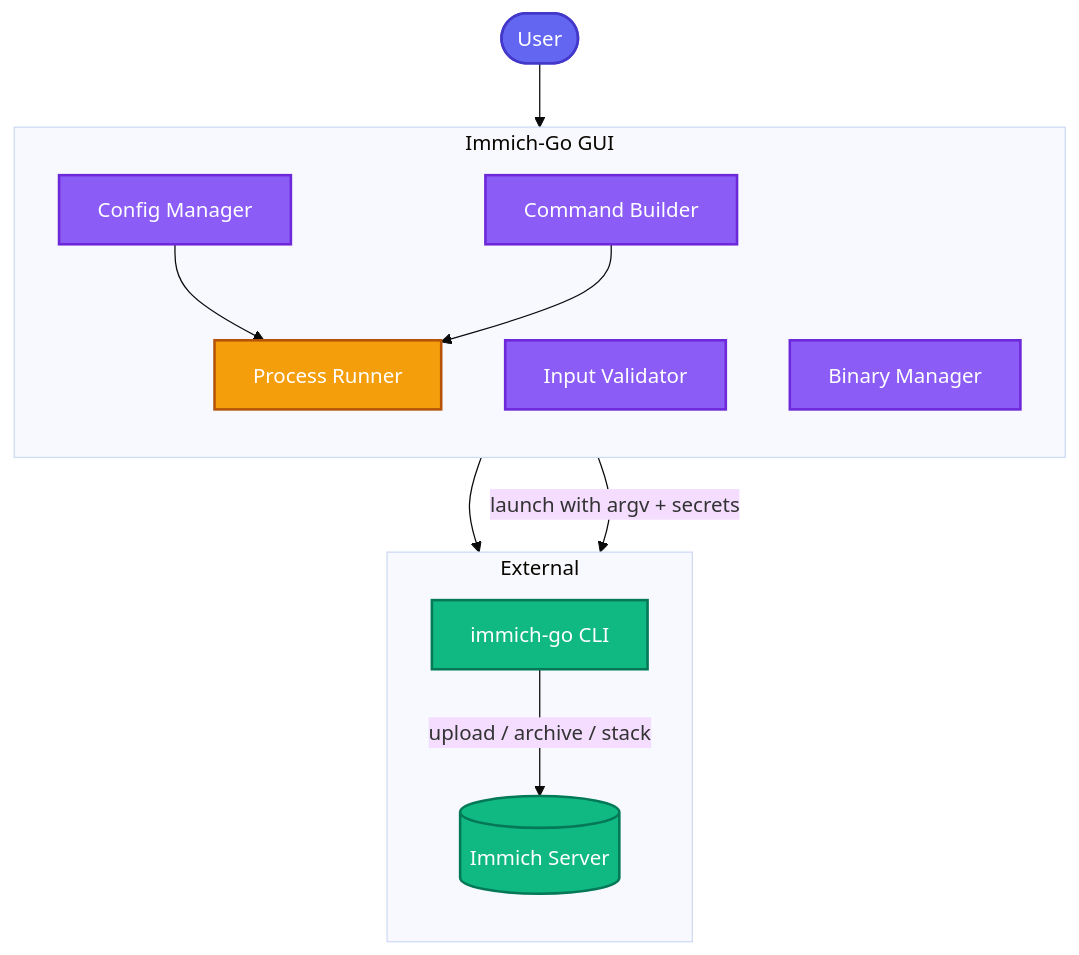
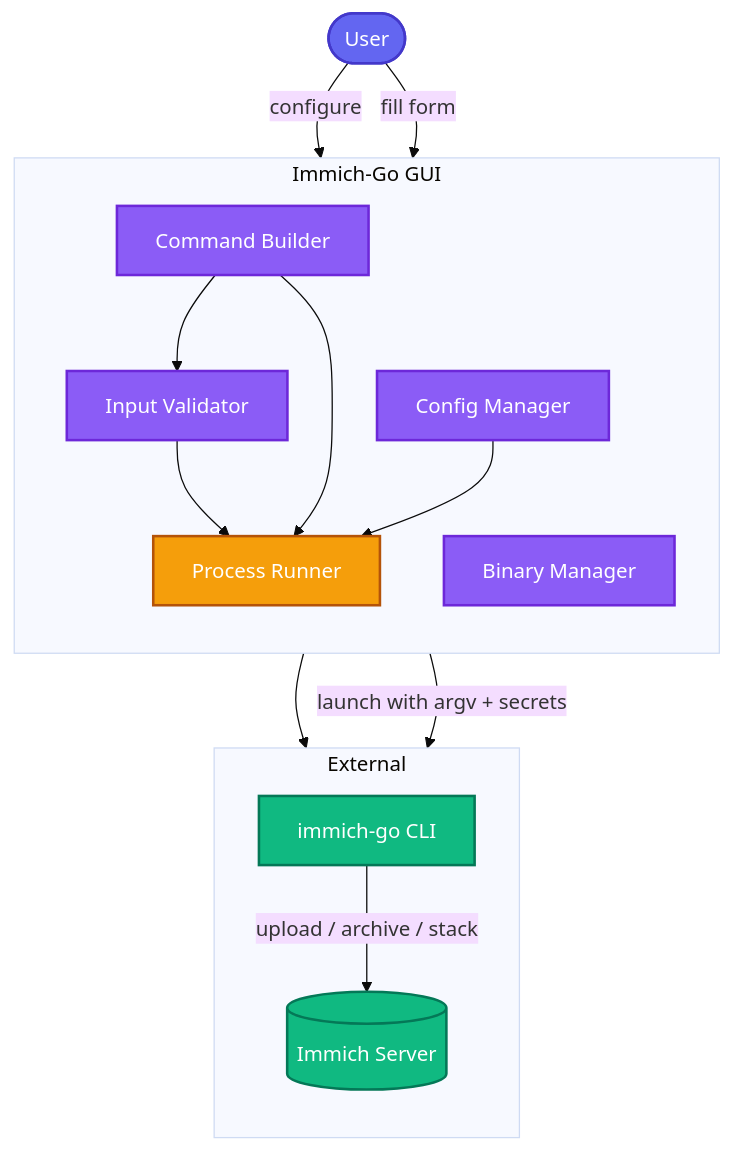
The diagram in docs/README.md (shitan198u/immich-go-gui), drawn with Mermaid (base theme) before and after one commit. The commit also changed 3 other files, not shown here.

Commit message:
docs: update Mermaid diagrams across documentation files

````diff
--- a/docs/README.md
+++ b/docs/README.md
@@ -125,32 +125,34 @@
 ```mermaid
 flowchart TB
     classDef userStyle fill:#6366f1,stroke:#4338ca,color:#fff,stroke-width:2px
-    classDef guiStyle fill:#0ea5e9,stroke:#0369a1,color:#fff,stroke-width:2px
     classDef coreStyle fill:#8b5cf6,stroke:#6d28d9,color:#fff,stroke-width:2px
     classDef runStyle fill:#f59e0b,stroke:#b45309,color:#fff,stroke-width:2px
     classDef extStyle fill:#10b981,stroke:#047857,color:#fff,stroke-width:2px
 
     User([User]):::userStyle
 
     subgraph GUILayer["Immich-Go GUI"]
         direction TB
         Config[Config Manager]:::coreStyle
         Builder[Command Builder]:::coreStyle
         Validator[Input Validator]:::coreStyle
         BinMgr[Binary Manager]:::coreStyle
         Process[Process Runner]:::runStyle
     end
 
     subgraph External["External"]
         direction TB
         Binary[immich-go CLI]:::extStyle
         Server[(Immich Server)]:::extStyle
     end
 
-    User --> GUILayer
+    User -->|configure| Config
+    User -->|fill form| Builder
+    Builder --> Validator
+    Validator --> Process
+    Builder --> Process
     Config --> Process
-    Builder --> Process
     BinMgr --> Binary
     Process -->|launch with argv + secrets| Binary
     Binary -->|upload / archive / stack| Server
 ```
````
